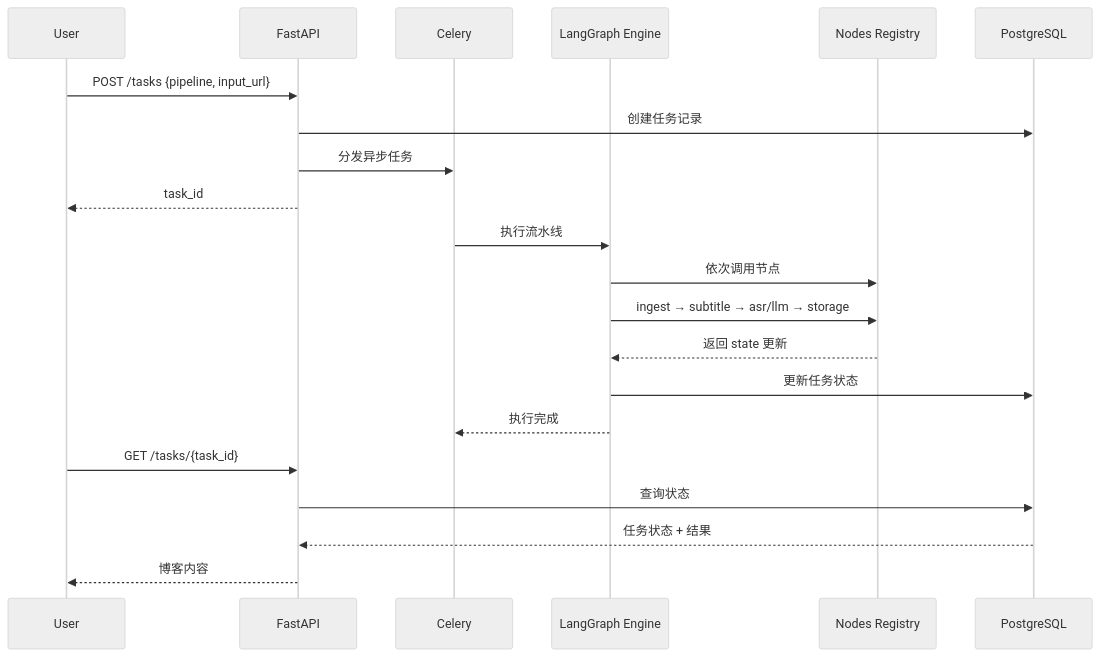
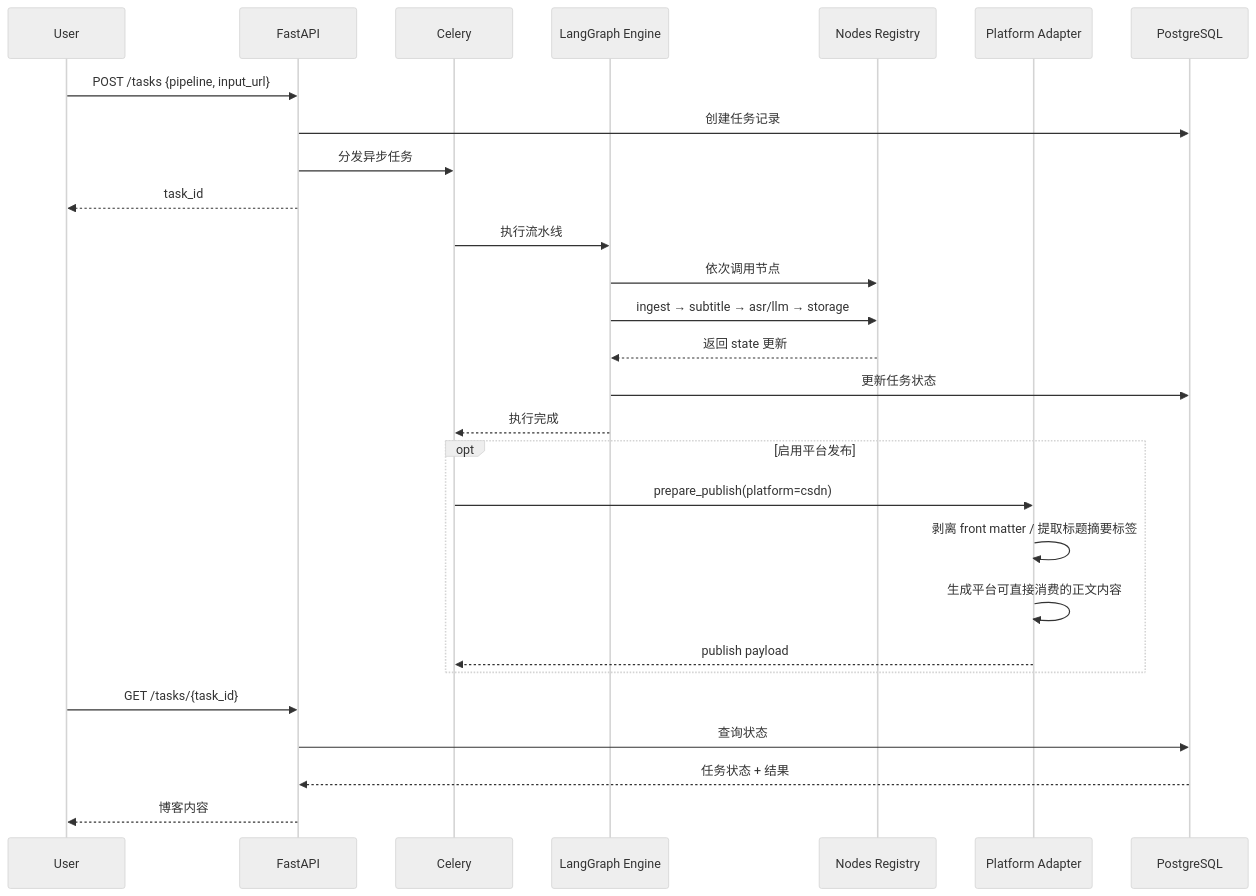
One commit to liaowo6508-glitch/Video_TO_Blog changed the second of 6 diagrams in AI_talking_about.md. Above: the diagram before and after it, drawn with Mermaid (neutral theme). The commit also changed other lines of this file and 25 other files, not shown here.

````diff
--- a/AI_talking_about.md
+++ b/AI_talking_about.md
@@ -75,26 +83,34 @@
 ```mermaid
 sequenceDiagram
     participant User
     participant API as FastAPI
     participant Scheduler as Celery
     participant Engine as LangGraph Engine
     participant Nodes as Nodes Registry
+    participant Adapter as Platform Adapter
     participant Storage as PostgreSQL
 
     User->>API: POST /tasks {pipeline, input_url}
     API->>Storage: 创建任务记录
     API->>Scheduler: 分发异步任务
     API-->>User: task_id
 
     Scheduler->>Engine: 执行流水线
     Engine->>Nodes: 依次调用节点
     Engine->>Nodes: ingest → subtitle → asr/llm → storage
     Nodes-->>Engine: 返回 state 更新
     Engine->>Storage: 更新任务状态
     Engine-->>Scheduler: 执行完成
 
+    opt 启用平台发布
+        Scheduler->>Adapter: prepare_publish(platform=csdn)
+        Adapter->>Adapter: 剥离 front matter / 提取标题摘要标签
+        Adapter->>Adapter: 生成平台可直接消费的正文内容
+        Adapter-->>Scheduler: publish payload
+    end
+
     User->>API: GET /tasks/{task_id}
     API->>Storage: 查询状态
     Storage-->>API: 任务状态 + 结果
     API-->>User: 博客内容
 ```
````
